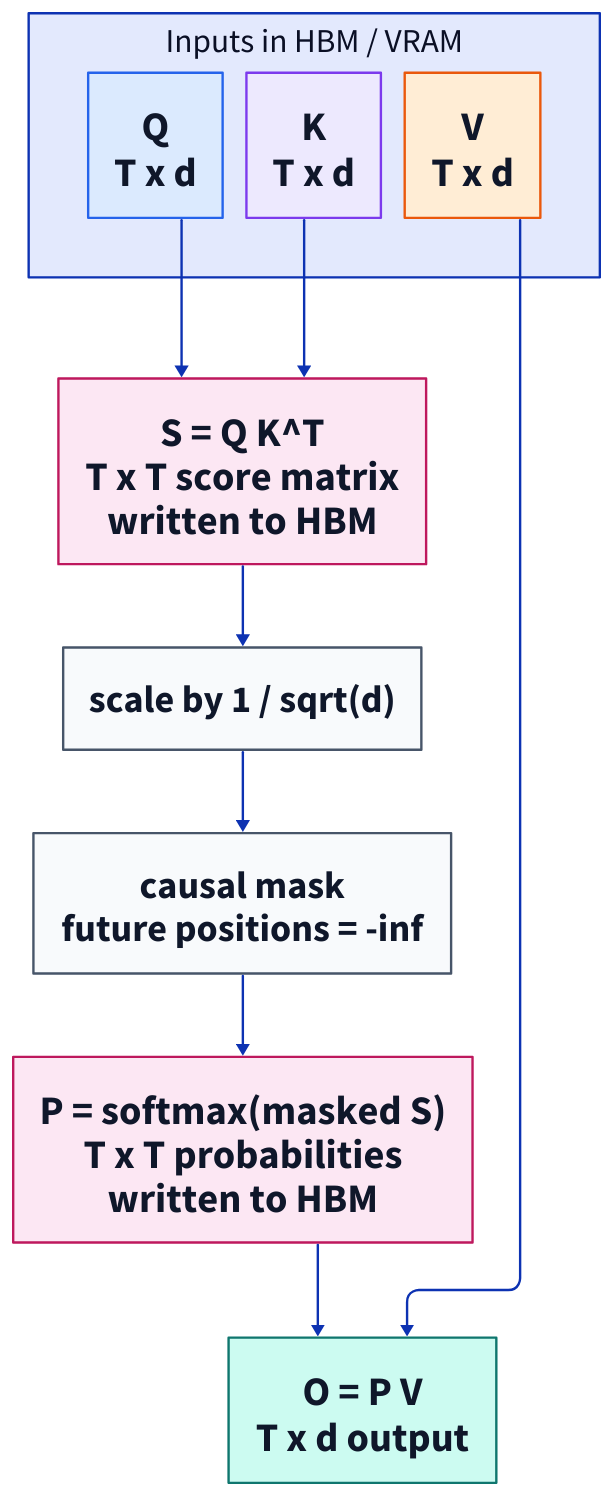
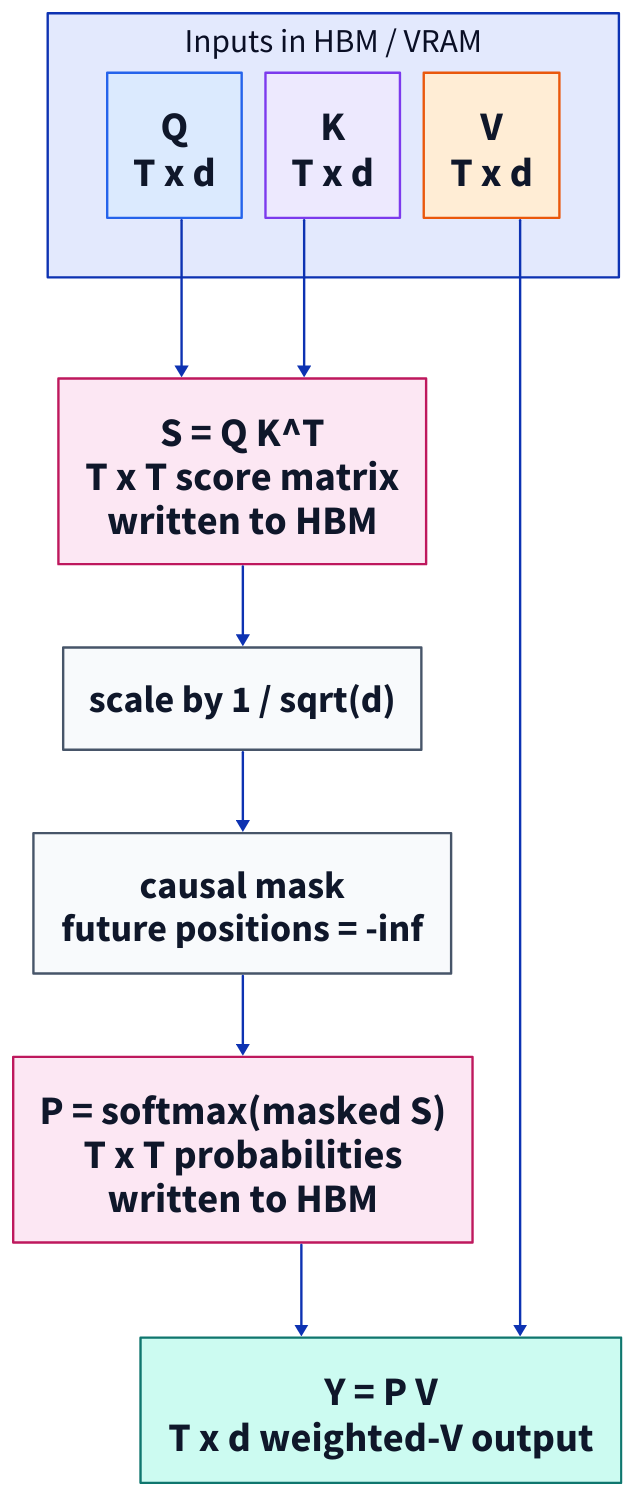
One commit to joelagnel/joelfernandes.org changed the diagram in images/flash-attention/ordinary-attention-hbm.d2. Above: the diagram before and after it, drawn with D2. The commit also changed 6 other files, not shown here.

Commit message:
Clarify Flash Attention tiled output flow

```diff
--- a/images/flash-attention/ordinary-attention-hbm.d2
+++ b/images/flash-attention/ordinary-attention-hbm.d2
@@ -1,36 +1,36 @@
 # Ordinary causal attention materializes two T x T tensors in HBM.
 vars: {
   d2-config: { layout-engine: elk }
 }
 
 direction: down
 
 classes: {
   tensor: { style: { font-size: 34; fill: "#dbeafe"; stroke: "#2563eb"; font-color: "#0f172a"; bold: true } }
   key:    { style: { font-size: 34; fill: "#ede9fe"; stroke: "#7c3aed"; font-color: "#0f172a"; bold: true } }
   value:  { style: { font-size: 34; fill: "#ffedd5"; stroke: "#ea580c"; font-color: "#0f172a"; bold: true } }
   hbm:    { style: { font-size: 34; fill: "#fce7f3"; stroke: "#be185d"; font-color: "#0f172a"; bold: true } }
   op:     { style: { font-size: 32; fill: "#f8fafc"; stroke: "#475569"; font-color: "#0f172a" } }
   out:    { style: { font-size: 34; fill: "#ccfbf1"; stroke: "#0f766e"; font-color: "#0f172a"; bold: true } }
 }
 
 inputs: "Inputs in HBM / VRAM" {
   direction: right
   q: "Q\nT x d" { class: tensor }
   k: "K\nT x d" { class: key }
   v: "V\nT x d" { class: value }
 }
 
 score: "S = Q K^T\nT x T score matrix\nwritten to HBM" { class: hbm }
 scale: "scale by 1 / sqrt(d)" { class: op }
 mask: "causal mask\nfuture positions = -inf" { class: op }
 prob: "P = softmax(masked S)\nT x T probabilities\nwritten to HBM" { class: hbm }
-out: "O = P V\nT x d output" { class: out }
+out: "Y = P V\nT x d weighted-V output" { class: out }
 
 inputs.q -> score
 inputs.k -> score
 score -> scale
 scale -> mask
 mask -> prob
 prob -> out
 inputs.v -> out
```
